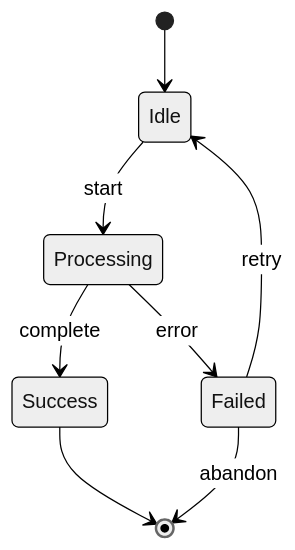
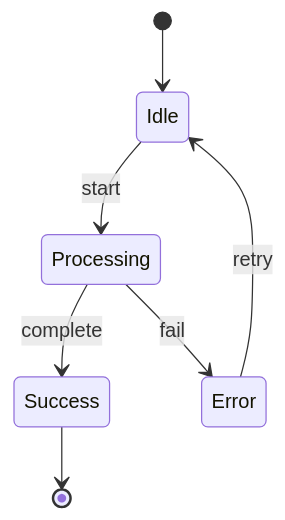
One commit to younwony/TIL changed the fifth of 8 diagrams in .claude/skills/mermaid-diagram/SKILL.md. Above: the diagram before and after it, drawn with Mermaid. The commit also changed other lines of this file and 38 other files, not shown here.

Commit message:
docs: 텍스트 다이어그램을 SVG 이미지로 교체, 네트워크 및 시스템 설계 문서 업데이트

````diff
--- a/.claude/skills/mermaid-diagram/SKILL.md
+++ b/.claude/skills/mermaid-diagram/SKILL.md
@@ -402,11 +166,9 @@
 ```mermaid
-%%{init: {'theme': 'neutral'}}%%
 stateDiagram-v2
     [*] --> Idle
     Idle --> Processing : start
     Processing --> Success : complete
-    Processing --> Failed : error
+    Processing --> Error : fail
     Success --> [*]
-    Failed --> Idle : retry
-    Failed --> [*] : abandon
+    Error --> Idle : retry
 ```
````
